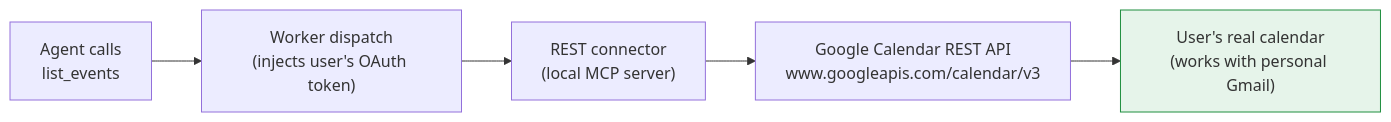
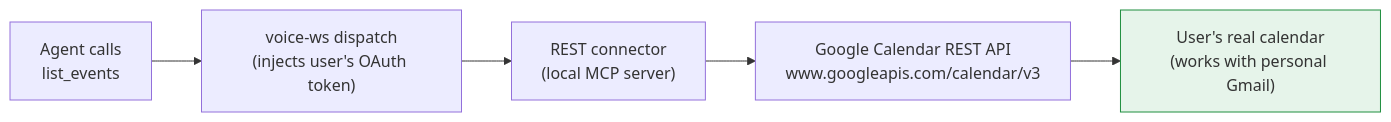
The first of 3 diagrams in docs/03_implementation/mcp_connector_access_model.md (gauravdhiman/a1-voice-agent-platform), drawn with Mermaid before and after one commit. The commit also changed other lines of this file and 163 other files, not shown here.

Commit message:
feat(voice): remove LiveKit worker; Pipecat voice-ws is the only voice runtime

````diff
--- a/docs/03_implementation/mcp_connector_access_model.md
+++ b/docs/03_implementation/mcp_connector_access_model.md
@@ -28,8 +28,8 @@
 ```mermaid
 flowchart LR
-    A["Agent calls<br/>list_events"] --> B["Worker dispatch<br/>(injects user's OAuth token)"]
+    A["Agent calls<br/>list_events"] --> B["voice-ws dispatch<br/>(injects user's OAuth token)"]
     B --> C["REST connector<br/>(local MCP server)"]
     C --> D["Google Calendar REST API<br/>www.googleapis.com/calendar/v3"]
     D --> E["User's real calendar<br/>(works with personal Gmail)"]
     style E fill:#e6f4ea,stroke:#1e8e3e
 ```
````
